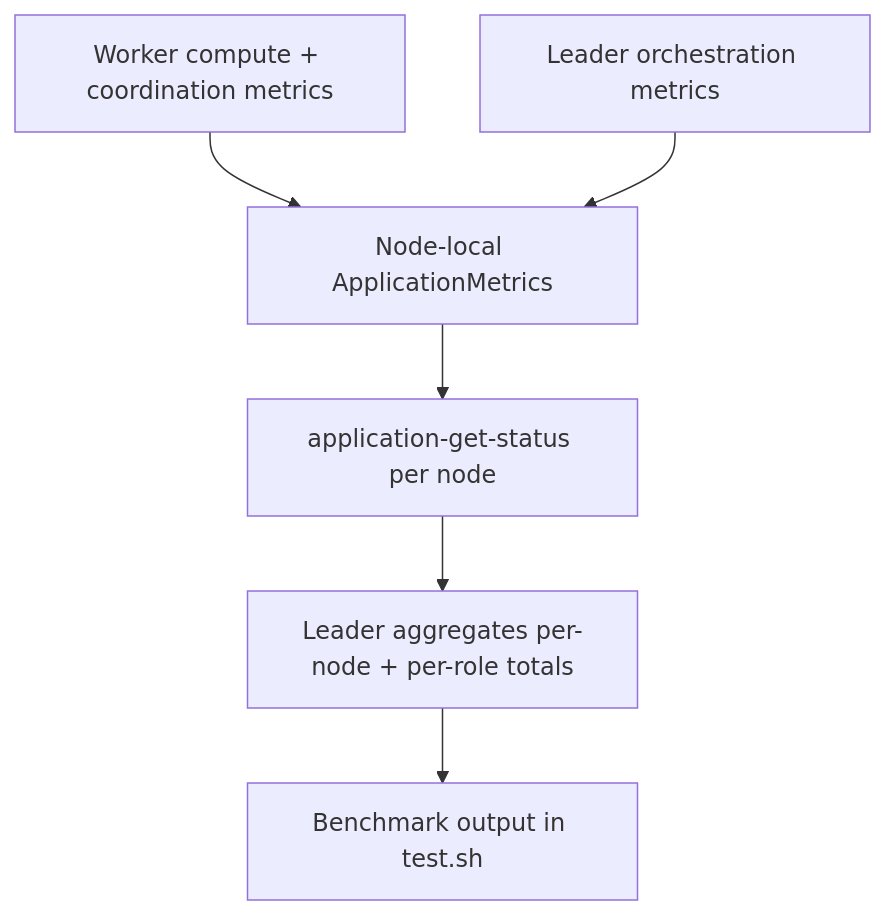
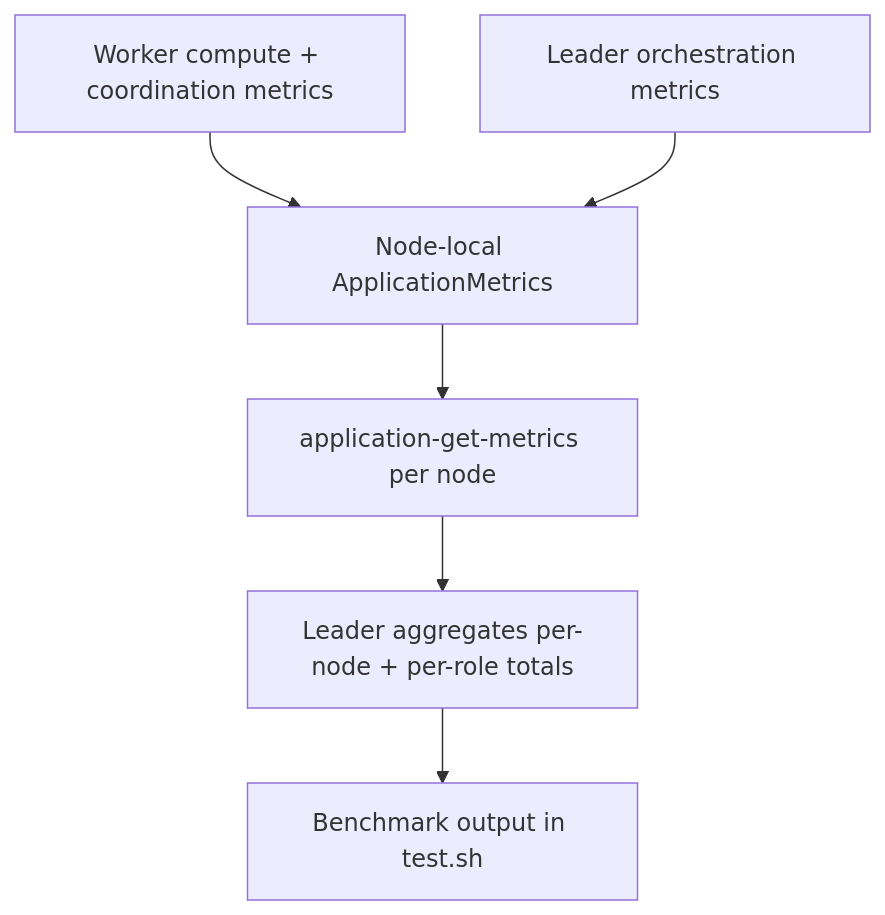
The second of 2 diagrams in examples/rust/apps/heat_diffusion/README.md (bhatti/PlexSpaces), drawn with Mermaid before and after one commit. The commit also changed other lines of this file and 414 other files, not shown here.

````diff
--- a/examples/rust/apps/heat_diffusion/README.md
+++ b/examples/rust/apps/heat_diffusion/README.md
@@ -39,8 +39,8 @@
 ```mermaid
 flowchart TD
   worker["Worker compute + coordination metrics"] --> local["Node-local ApplicationMetrics"]
   leader["Leader orchestration metrics"] --> local
-  local --> status["application-get-status per node"]
-  status --> aggregate["Leader aggregates per-node + per-role totals"]
+  local --> metrics["application-get-metrics per node"]
+  metrics --> aggregate["Leader aggregates per-node + per-role totals"]
   aggregate --> output["Benchmark output in test.sh"]
 ```
````
